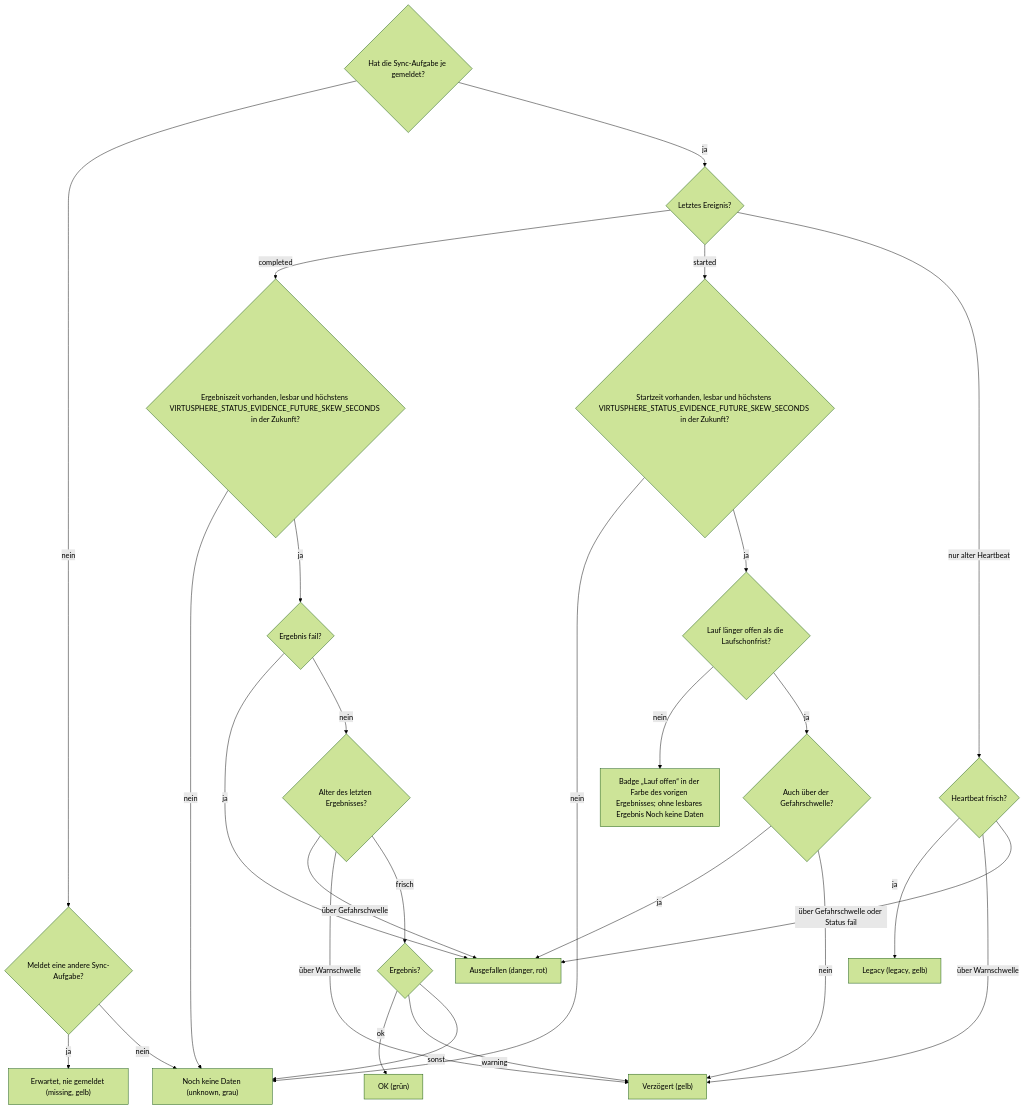
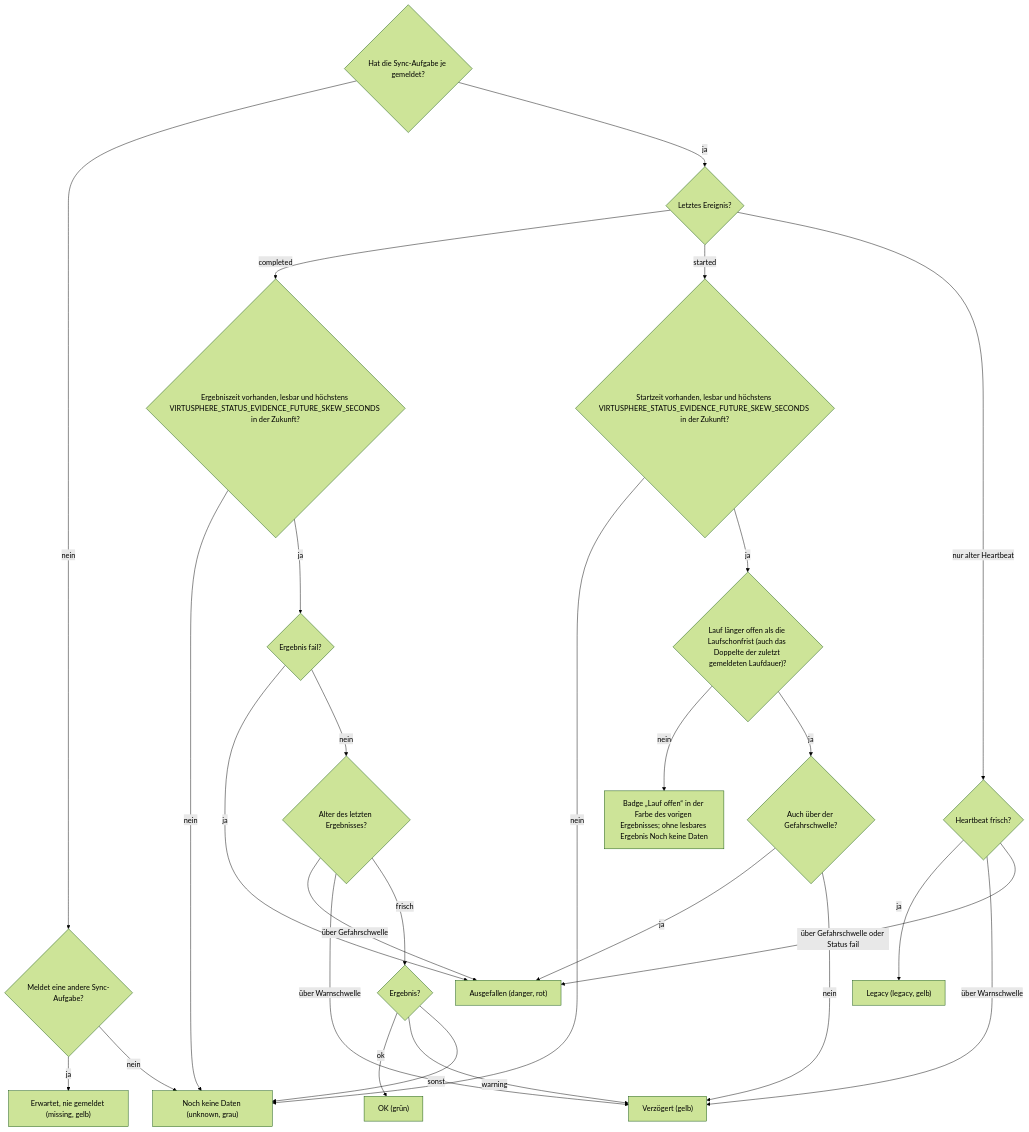
The second of 8 diagrams in docs/operations/system-status-checks.md (Samy94M/VirtuSphere-v2-WebApp), drawn with Mermaid (forest theme) before and after one commit. The commit also changed other lines of this file and 12 other files, not shown here.

````diff
--- a/docs/operations/system-status-checks.md
+++ b/docs/operations/system-status-checks.md
@@ -59,29 +59,29 @@
 ```mermaid
 flowchart TD
   A{"Hat die Sync-Aufgabe je gemeldet?"} -->|nein| A1{"Meldet eine andere Sync-Aufgabe?"}
   A1 -->|ja| MI["Erwartet, nie gemeldet (missing, gelb)"]
   A1 -->|nein| UK["Noch keine Daten (unknown, grau)"]
   A -->|ja| L{"Letztes Ereignis?"}
   L -->|completed| CT{"Ergebniszeit vorhanden, lesbar und höchstens VIRTUSPHERE_STATUS_EVIDENCE_FUTURE_SKEW_SECONDS in der Zukunft?"}
   CT -->|nein| UK
   CT -->|ja| CP{"Ergebnis fail?"}
   CP -->|ja| RD["Ausgefallen (danger, rot)"]
   CP -->|nein| CA{"Alter des letzten Ergebnisses?"}
   CA -->|über Gefahrschwelle| RD
   CA -->|über Warnschwelle| YL["Verzögert (gelb)"]
   CA -->|frisch| CO{"Ergebnis?"}
   CO -->|ok| GR["OK (grün)"]
   CO -->|warning| YL
   CO -->|sonst| UK
   L -->|started| SZ{"Startzeit vorhanden, lesbar und höchstens VIRTUSPHERE_STATUS_EVIDENCE_FUTURE_SKEW_SECONDS in der Zukunft?"}
   SZ -->|nein| UK
-  SZ -->|ja| ST{"Lauf länger offen als die Laufschonfrist?"}
+  SZ -->|ja| ST{"Lauf länger offen als die Laufschonfrist (auch das Doppelte der zuletzt gemeldeten Laufdauer)?"}
   ST -->|nein| SR["Badge „Lauf offen“ in der Farbe des vorigen Ergebnisses; ohne lesbares Ergebnis Noch keine Daten"]
   ST -->|ja| SD{"Auch über der Gefahrschwelle?"}
   SD -->|ja| RD
   SD -->|nein| YL
   L -->|nur alter Heartbeat| LG{"Heartbeat frisch?"}
   LG -->|ja| LE["Legacy (legacy, gelb)"]
   LG -->|über Warnschwelle| YL
   LG -->|über Gefahrschwelle oder Status fail| RD
 ```
````
